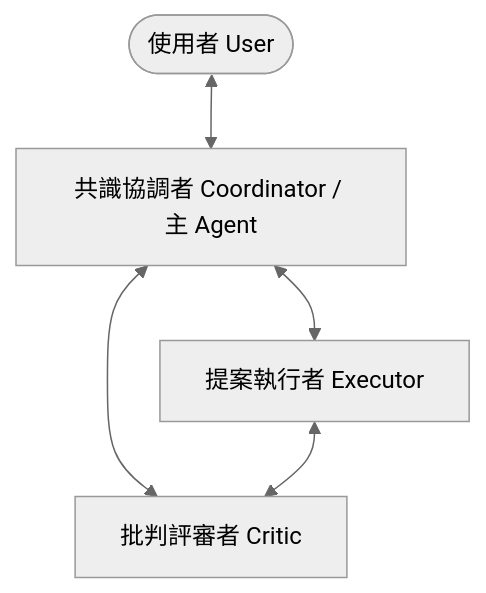
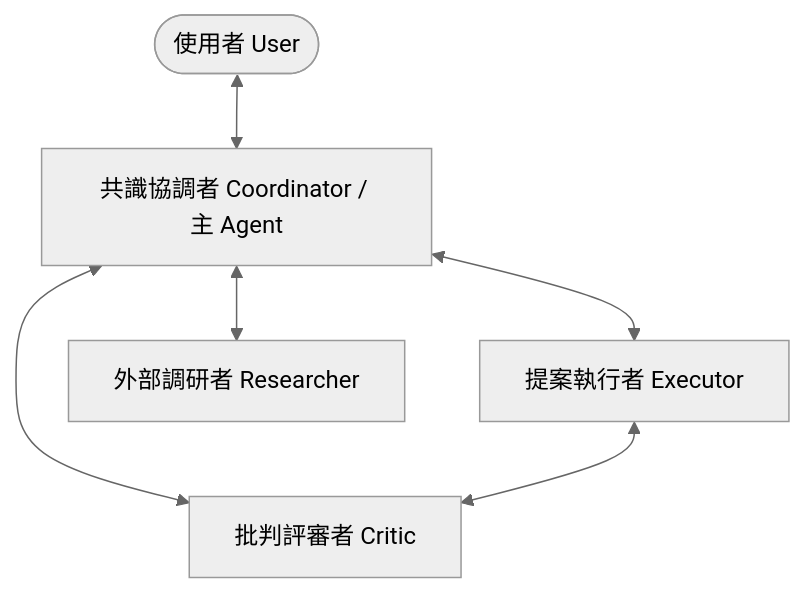
The first of 2 diagrams in plan/COUNCIL.md (a225588a2/agent-project-template), drawn with Mermaid (neutral theme) before and after one commit. The commit also changed other lines of this file and 5 other files, not shown here.

Commit message:
20260628-3 Refine council flow and implement dual-path memory store

````diff
--- a/plan/COUNCIL.md
+++ b/plan/COUNCIL.md
@@ -26,7 +22,8 @@
 ```mermaid
 graph TD
     User([使用者 User]) <--> Coordinator[共識協調者 Coordinator / 主 Agent]
     Coordinator <--> Executor[提案執行者 Executor]
     Coordinator <--> Critic[批判評審者 Critic]
     Executor <--> Critic
+    Coordinator <--> Researcher[外部調研者 Researcher]
 ```
````
